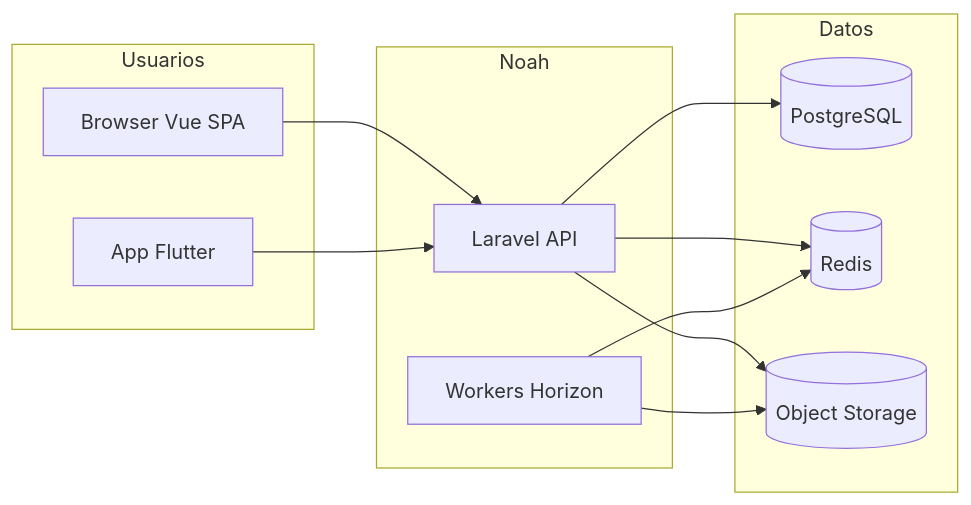
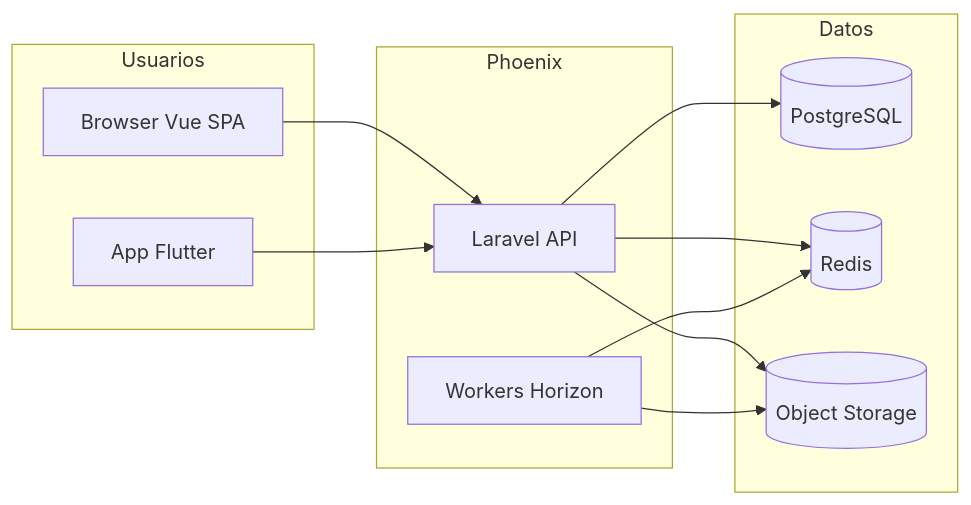
Before and after one commit to Adrian247/noah: the diagram in openspec/architecture/architecture.md, drawn with Mermaid. The commit also changed other lines of this file and 402 other files, not shown here.

````diff
--- a/openspec/architecture/architecture.md
+++ b/openspec/architecture/architecture.md
@@ -12,26 +12,26 @@
 ```mermaid
 flowchart LR
   subgraph users [Usuarios]
     B[Browser Vue SPA]
     M[App Flutter]
   end
 
-  subgraph noah [Noah]
+  subgraph phoenix [Phoenix]
     API[Laravel API]
     W[Workers Horizon]
   end
 
   subgraph data [Datos]
     PG[(PostgreSQL)]
     R[(Redis)]
     S3[(Object Storage)]
   end
 
   B --> API
   M --> API
   API --> PG
   API --> R
   W --> R
   API --> S3
   W --> S3
 ```
````
